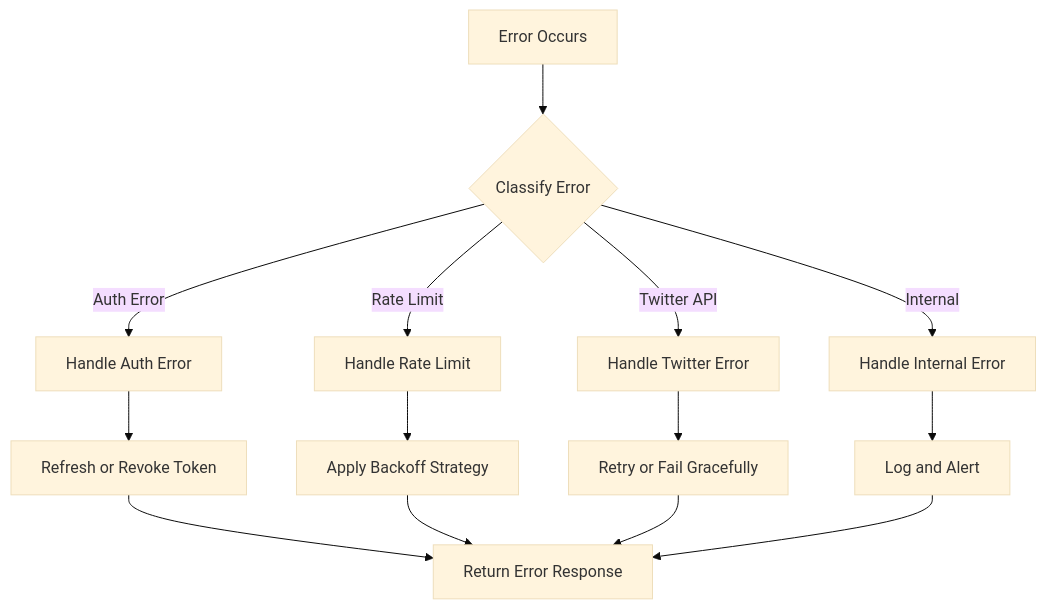
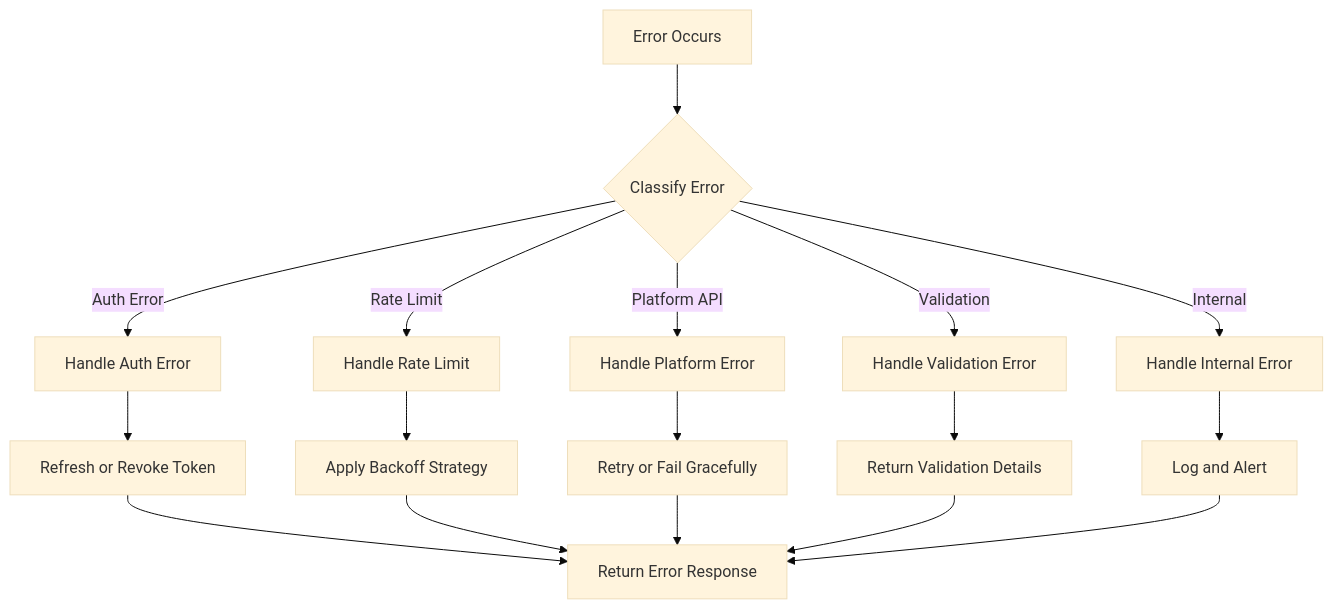
Diagram 17 of 17 in memory-bank/systemPatterns.md (open-crosspost/open-crosspost-proxy-service), drawn with Mermaid (base theme) before and after one commit. The commit also changed other lines of this file and 87 other files, not shown here.

````diff
--- a/memory-bank/systemPatterns.md
+++ b/memory-bank/systemPatterns.md
@@ -313,18 +523,21 @@
 ```mermaid
 flowchart TD
     Error[Error Occurs] --> Classify{Classify Error}
     Classify -->|Auth Error| HandleAuth[Handle Auth Error]
     Classify -->|Rate Limit| HandleRate[Handle Rate Limit]
-    Classify -->|Twitter API| HandleTwitter[Handle Twitter Error]
+    Classify -->|Platform API| HandlePlatform[Handle Platform Error]
+    Classify -->|Validation| HandleValidation[Handle Validation Error]
     Classify -->|Internal| HandleInternal[Handle Internal Error]
     
     HandleAuth --> RefreshOrRevoke[Refresh or Revoke Token]
     HandleRate --> Backoff[Apply Backoff Strategy]
-    HandleTwitter --> RetryOrFail[Retry or Fail Gracefully]
+    HandlePlatform --> RetryOrFail[Retry or Fail Gracefully]
+    HandleValidation --> ReturnDetails[Return Validation Details]
     HandleInternal --> LogAndAlert[Log and Alert]
     
     RefreshOrRevoke --> ReturnError[Return Error Response]
     Backoff --> ReturnError
     RetryOrFail --> ReturnError
+    ReturnDetails --> ReturnError
     LogAndAlert --> ReturnError
 ```
````
